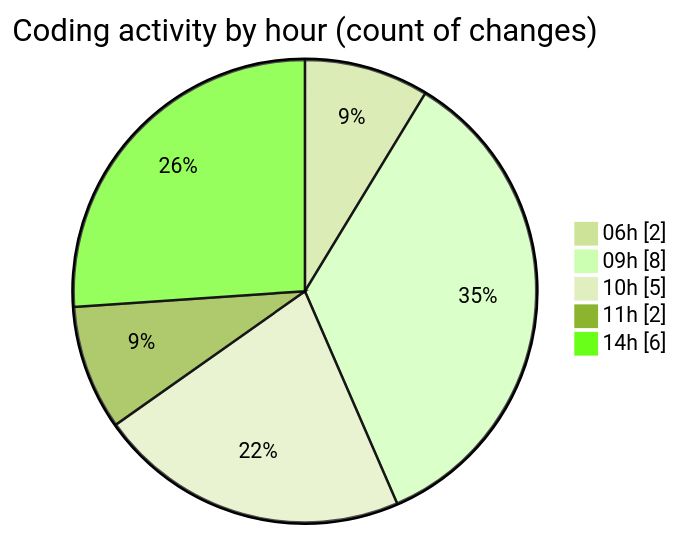
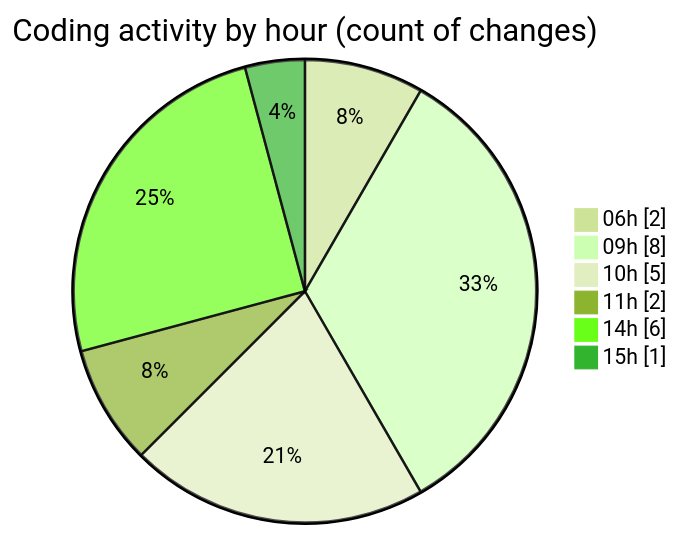
One commit to jadenblack/code-tracking changed the second of 2 diagrams in 2026-02-24/workbench__workspace_/README.md. Above: the diagram before and after it, drawn with Mermaid (forest theme). The commit also changed other lines of this file and 1 other file, not shown here.

````diff
--- a/2026-02-24/workbench__workspace_/README.md
+++ b/2026-02-24/workbench__workspace_/README.md
@@ -33,9 +34,10 @@
 ```mermaid
 pie showData
 title Coding activity by hour (count of changes)
 "06h" : 2
 "09h" : 8
 "10h" : 5
 "11h" : 2
 "14h" : 6
+"15h" : 1
 ```
````
